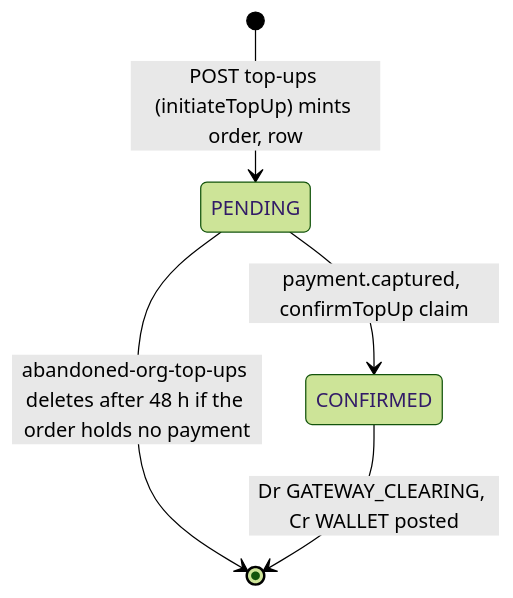
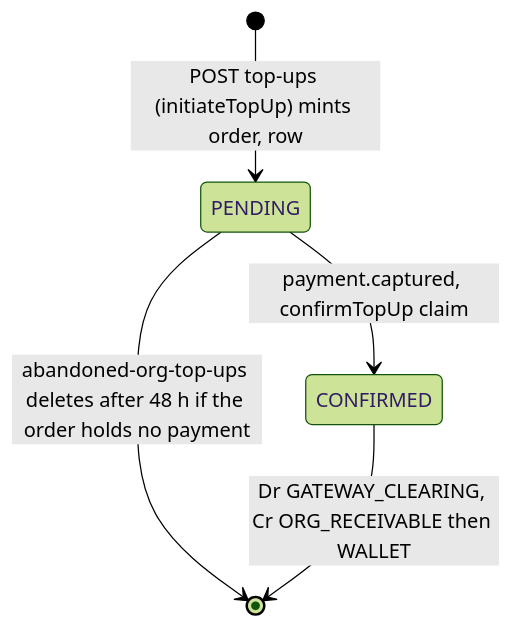
The diagram in docs/finance/50-b2b/02-wallet-and-top-ups.md (Practitionist/familiarise_web), drawn with Mermaid (forest theme) before and after one commit. The commit also changed other lines of this file and 7 other files, not shown here.

````diff
--- a/docs/finance/50-b2b/02-wallet-and-top-ups.md
+++ b/docs/finance/50-b2b/02-wallet-and-top-ups.md
@@ -26,7 +26,7 @@
 ```mermaid
 stateDiagram-v2
     [*] --> PENDING: POST top-ups (initiateTopUp) mints order, row
     PENDING --> CONFIRMED: payment.captured, confirmTopUp claim
     PENDING --> [*]: abandoned-org-top-ups deletes after 48 h if the order holds no payment
-    CONFIRMED --> [*]: Dr GATEWAY_CLEARING, Cr WALLET posted
+    CONFIRMED --> [*]: Dr GATEWAY_CLEARING, Cr ORG_RECEIVABLE then WALLET
 ```
````
